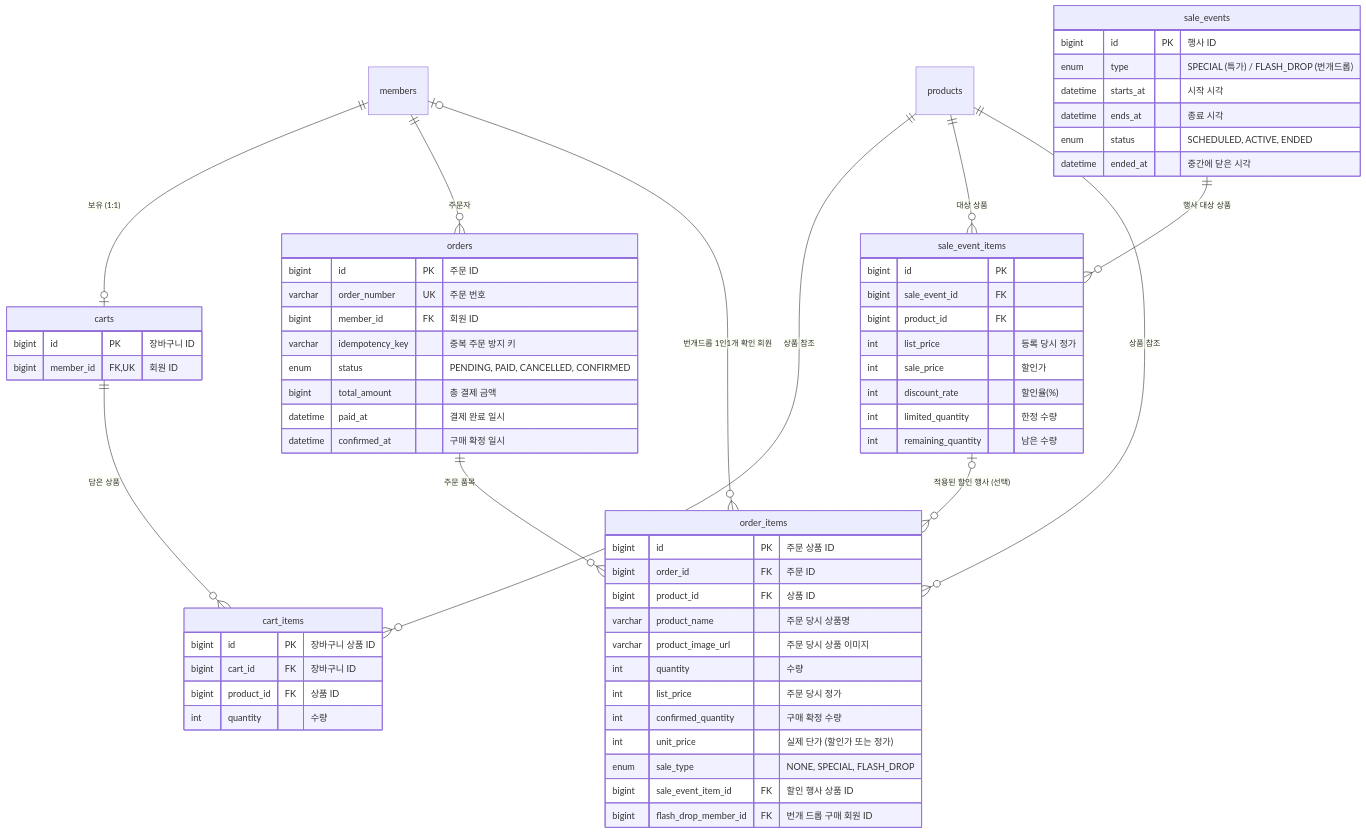
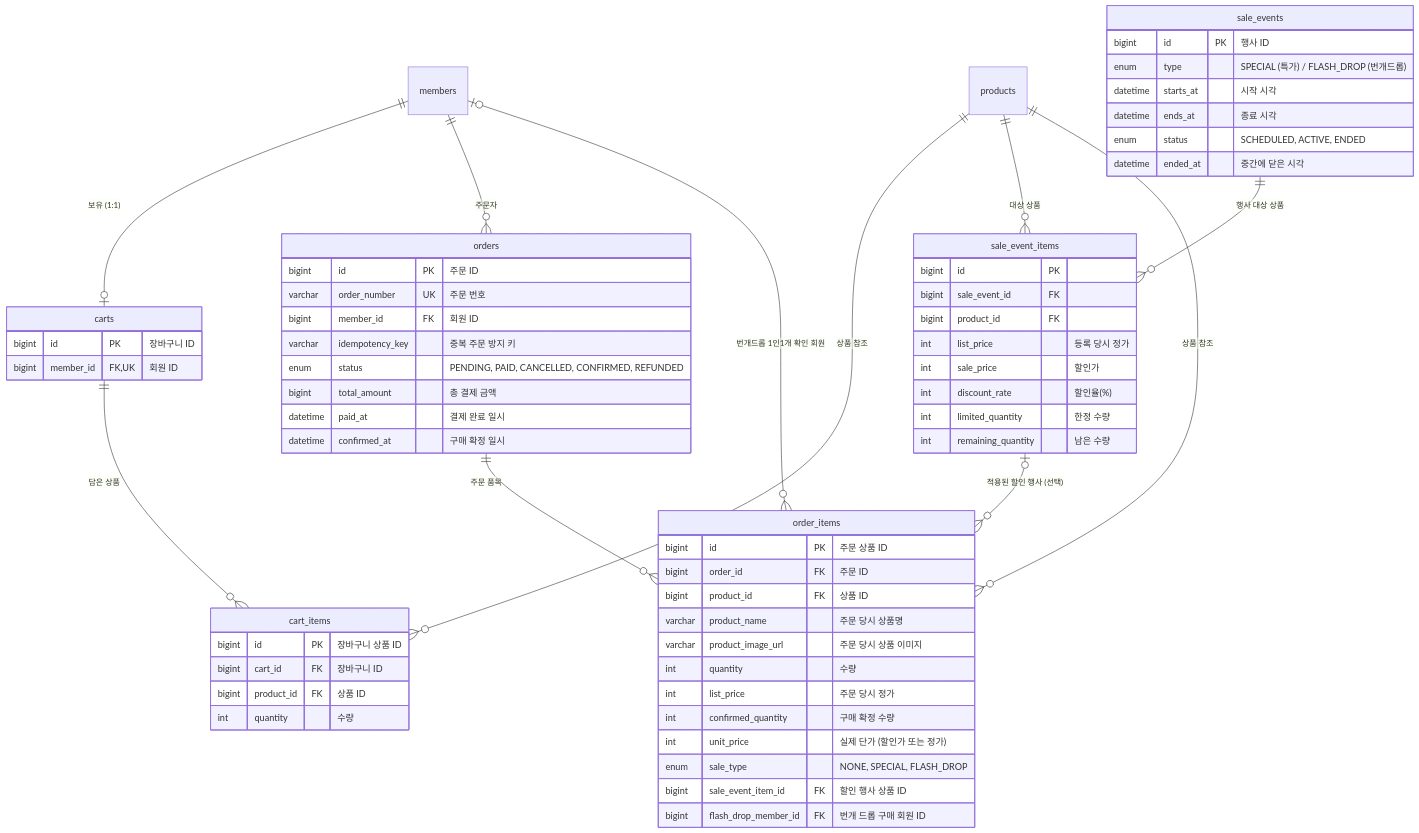
One commit to sparta-final-4/take-care-of-my-fridge changed the sixth of 11 diagrams in docs/database/erd.md. Above: the diagram before and after it, drawn with Mermaid. The commit also changed other lines of this file and 2 other files, not shown here.

Commit message:
docs: DB 문서 칸 타입을 dev에 맞춤
schema.sql·data-dictionary.md·erd.md를 dev DB information_schema에 맞춘다.

- admin_audit_logs.action에 DEAL_ANALYSIS 추가
- orders.status에 REFUNDED(전액 환불) 추가
- deal_candidates.product_name, sales_forecasts.product_name을 VARCHAR(100)으로 (erd는 길이를 적지 않아 그대로)
- 값은 같고 순서만 다른 ENUM은 그대로 둔다

담당: data-dictionary.md 최용범, erd.md 강준모

````diff
--- a/docs/database/erd.md
+++ b/docs/database/erd.md
@@ -261,73 +261,73 @@
 ```mermaid
 erDiagram
     members ||--o| carts : "보유 (1:1)"
     carts ||--o{ cart_items : "담은 상품"
     products ||--o{ cart_items : "상품 참조"
 
     sale_events ||--o{ sale_event_items : "행사 대상 상품"
     products ||--o{ sale_event_items : "대상 상품"
 
     members ||--o{ orders : "주문자"
     orders ||--o{ order_items : "주문 품목"
     products ||--o{ order_items : "상품 참조"
     sale_event_items |o--o{ order_items : "적용된 할인 행사 (선택)"
     members |o--o{ order_items : "번개드롭 1인1개 확인 회원"
 
     sale_events {
         bigint id PK "행사 ID"
         enum type "SPECIAL (특가) / FLASH_DROP (번개드롭)"
         datetime starts_at "시작 시각"
         datetime ends_at "종료 시각"
         enum status "SCHEDULED, ACTIVE, ENDED"
         datetime ended_at "중간에 닫은 시각"
     }
 
     sale_event_items {
         bigint id PK
         bigint sale_event_id FK
         bigint product_id FK
         int list_price "등록 당시 정가"
         int sale_price "할인가"
         int discount_rate "할인율(%)"
         int limited_quantity "한정 수량"
         int remaining_quantity "남은 수량"
     }
 
     orders {
         bigint id PK "주문 ID"
         varchar order_number UK "주문 번호"
         bigint member_id FK "회원 ID"
         varchar idempotency_key "중복 주문 방지 키"
-        enum status "PENDING, PAID, CANCELLED, CONFIRMED"
+        enum status "PENDING, PAID, CANCELLED, CONFIRMED, REFUNDED"
         bigint total_amount "총 결제 금액"
         datetime paid_at "결제 완료 일시"
         datetime confirmed_at "구매 확정 일시"
     }
 
     order_items {
         bigint id PK "주문 상품 ID"
         bigint order_id FK "주문 ID"
         bigint product_id FK "상품 ID"
         varchar product_name "주문 당시 상품명"
         varchar product_image_url "주문 당시 상품 이미지"
         int quantity "수량"
         int list_price "주문 당시 정가"
         int confirmed_quantity "구매 확정 수량"
         int unit_price "실제 단가 (할인가 또는 정가)"
         enum sale_type "NONE, SPECIAL, FLASH_DROP"
         bigint sale_event_item_id FK "할인 행사 상품 ID"
         bigint flash_drop_member_id FK "번개 드롭 구매 회원 ID"
     }
 
     carts {
         bigint id PK "장바구니 ID"
         bigint member_id FK, UK "회원 ID"
     }
 
     cart_items {
         bigint id PK "장바구니 상품 ID"
         bigint cart_id FK "장바구니 ID"
         bigint product_id FK "상품 ID"
         int quantity "수량"
     }
 ```
````
